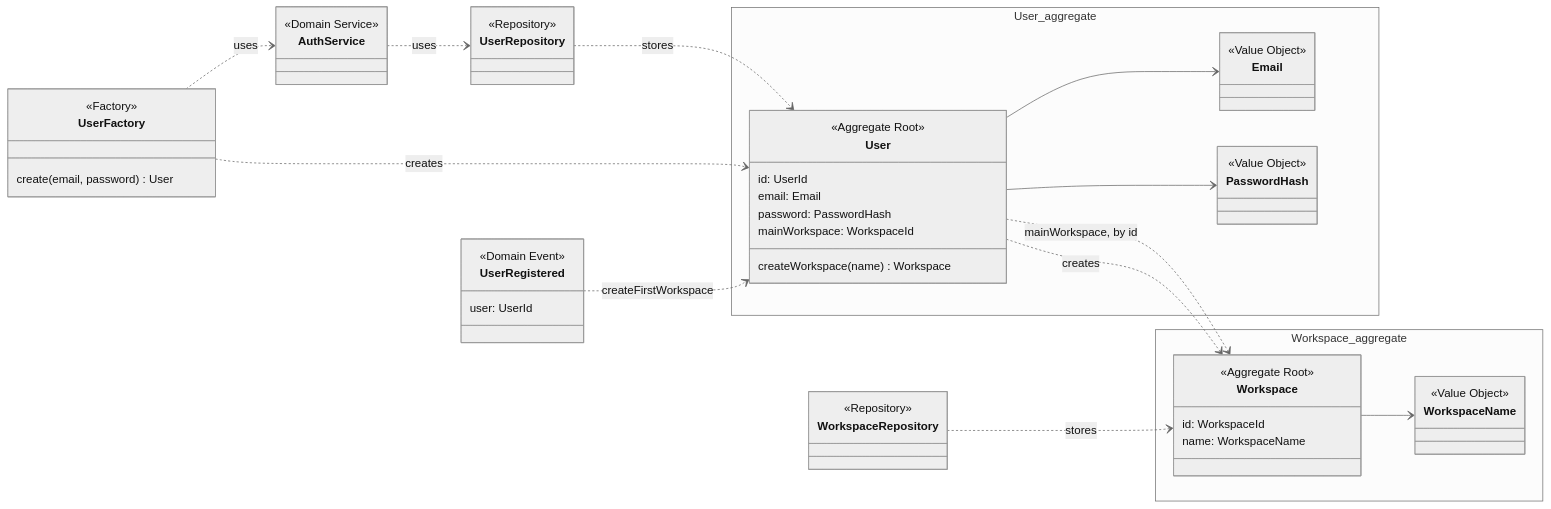
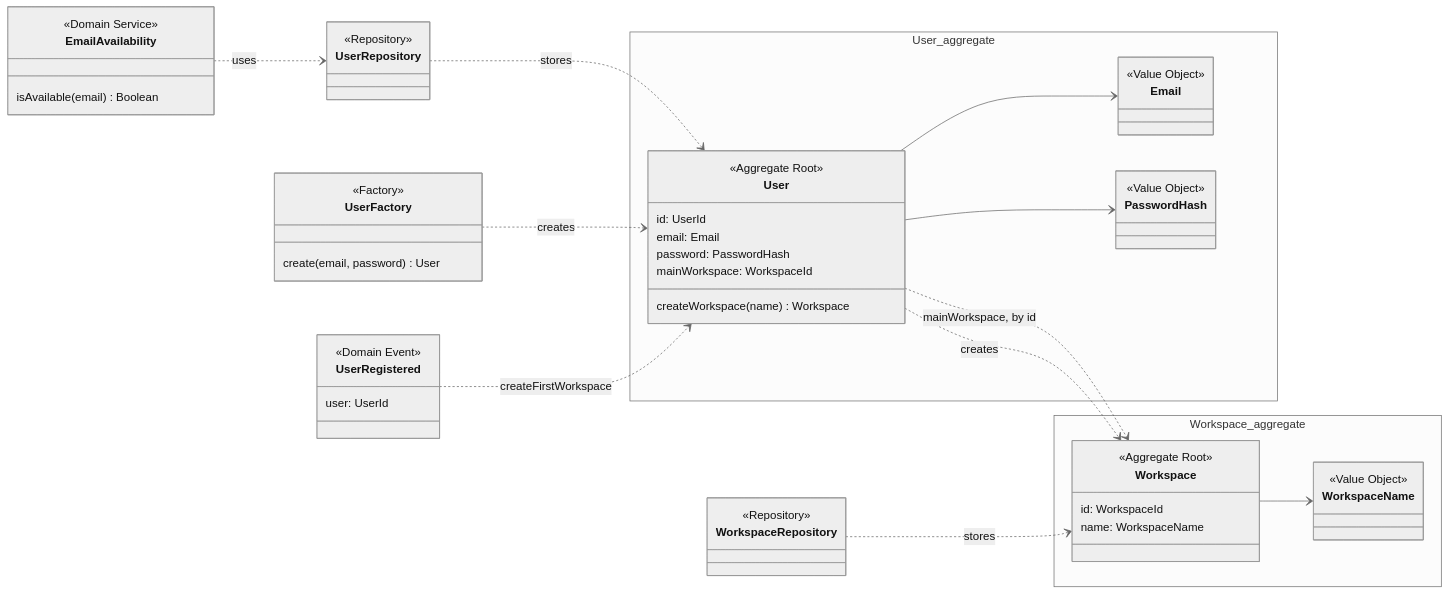
One commit to Bending-Forks/gotion changed the first of 5 diagrams in docs/_includes/tactical-design.md. Above: the diagram before and after it, drawn with Mermaid (neutral theme). The commit also changed other lines of this file, not shown here.

````diff
--- a/docs/_includes/tactical-design.md
+++ b/docs/_includes/tactical-design.md
@@ -24,58 +32,58 @@
 ```mermaid
 classDiagram
   direction LR
   namespace User_aggregate {
     class User {
       <<Aggregate Root>>
       id: UserId
       email: Email
       password: PasswordHash
       mainWorkspace: WorkspaceId
       createWorkspace(name) Workspace
     }
     class Email {
       <<Value Object>>
     }
     class PasswordHash {
       <<Value Object>>
     }
   }
   namespace Workspace_aggregate {
     class Workspace {
       <<Aggregate Root>>
       id: WorkspaceId
       name: WorkspaceName
     }
     class WorkspaceName {
       <<Value Object>>
     }
   }
   class UserRepository {
     <<Repository>>
   }
   class WorkspaceRepository {
     <<Repository>>
   }
   class UserFactory {
     <<Factory>>
     create(email, password) User
   }
-  class AuthService {
+  class EmailAvailability {
     <<Domain Service>>
+    isAvailable(email) Boolean
   }
   class UserRegistered {
     <<Domain Event>>
     user: UserId
   }
   User --> Email
   User --> PasswordHash
   Workspace --> WorkspaceName
   User ..> Workspace : mainWorkspace, by id
   UserRepository ..> User : stores
   WorkspaceRepository ..> Workspace : stores
   UserFactory ..> User : creates
-  UserFactory ..> AuthService : uses
-  AuthService ..> UserRepository : uses
+  EmailAvailability ..> UserRepository : uses
   UserRegistered ..> User : createFirstWorkspace
   User ..> Workspace : creates
 ```
````
